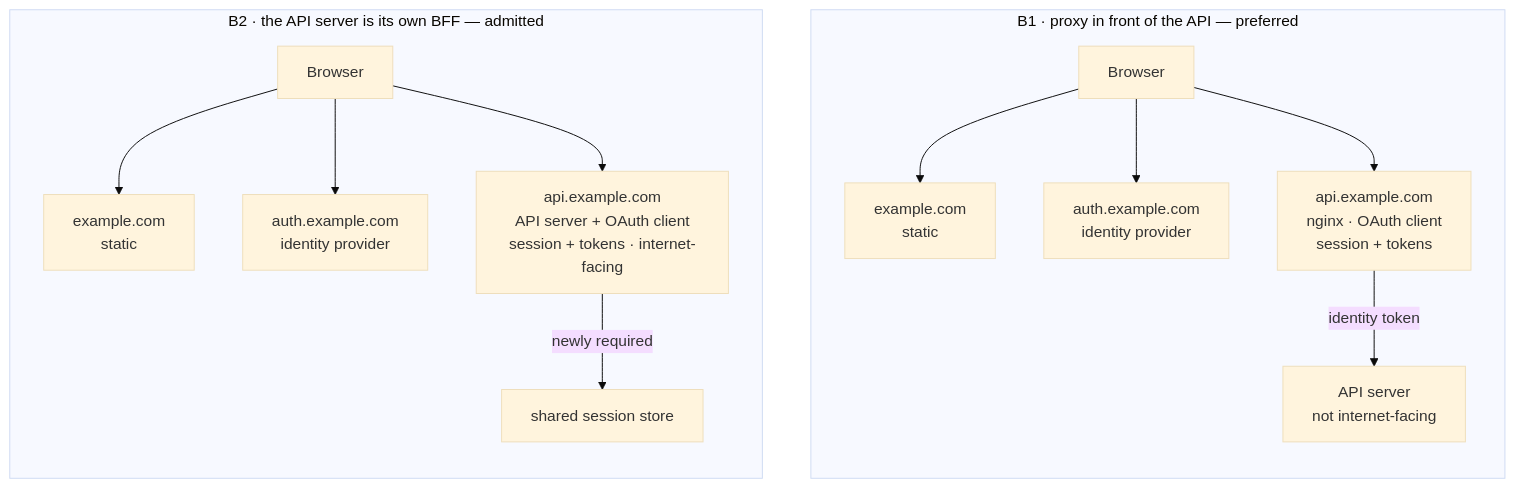
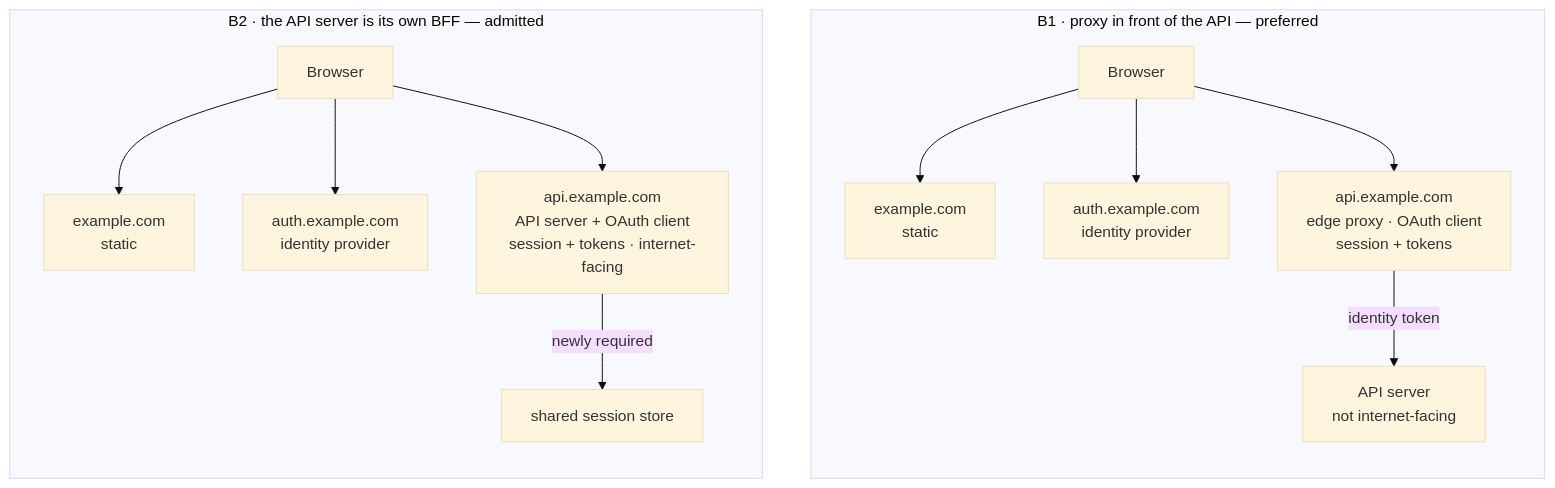
One commit to aurum-alpha/workflows changed the sixth of 6 diagrams in standards/060-auth.md. Above: the diagram before and after it, drawn with Mermaid (base theme). The commit also changed other lines of this file and 56 other files, not shown here.

````diff
--- a/standards/060-auth.md
+++ b/standards/060-auth.md
@@ -434,17 +440,17 @@
 ```mermaid
 flowchart TB
     subgraph B1["B1 · proxy in front of the API — preferred"]
       direction TB
       Br1["Browser"] --> St1["example.com<br/>static"]
       Br1 --> Id1["auth.example.com<br/>identity provider"]
-      Br1 --> Rp1["api.example.com<br/>nginx · OAuth client<br/>session + tokens"]
+      Br1 --> Rp1["api.example.com<br/>edge proxy · OAuth client<br/>session + tokens"]
       Rp1 -->|identity token| Api1["API server<br/>not internet-facing"]
     end
     subgraph B2["B2 · the API server is its own BFF — admitted"]
       direction TB
       Br2["Browser"] --> St2["example.com<br/>static"]
       Br2 --> Id2["auth.example.com<br/>identity provider"]
       Br2 --> Api2["api.example.com<br/>API server + OAuth client<br/>session + tokens · internet-facing"]
       Api2 -->|"newly required"| Sess["shared session store"]
     end
 ```
````
